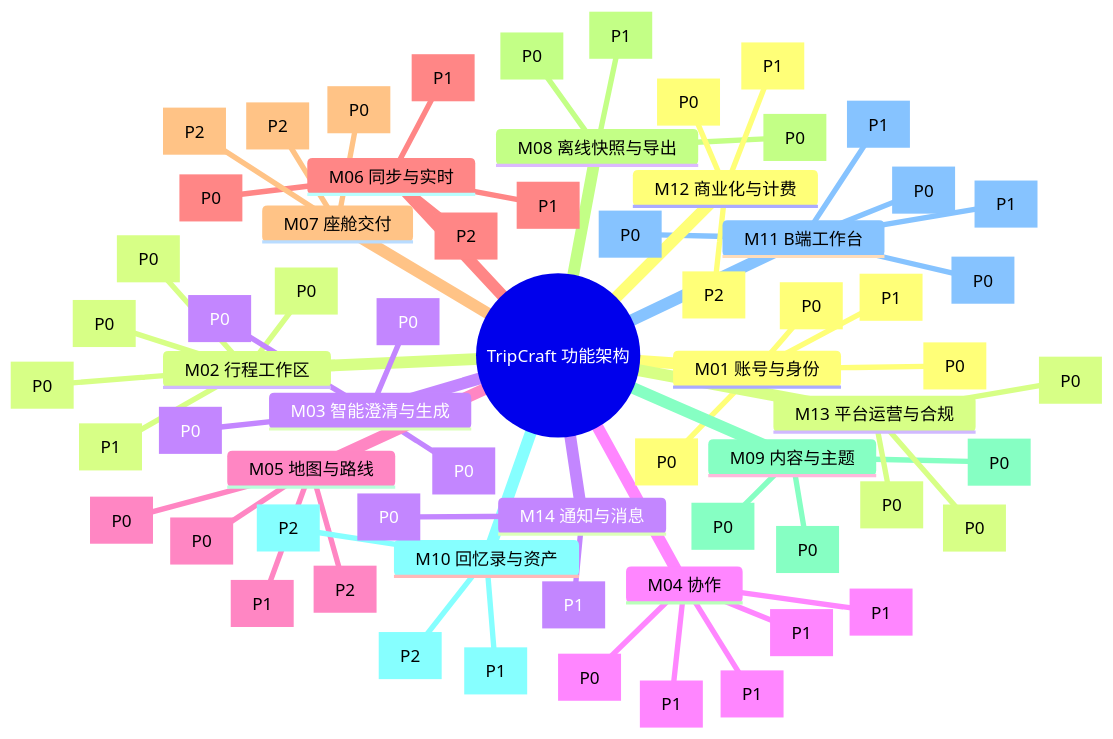
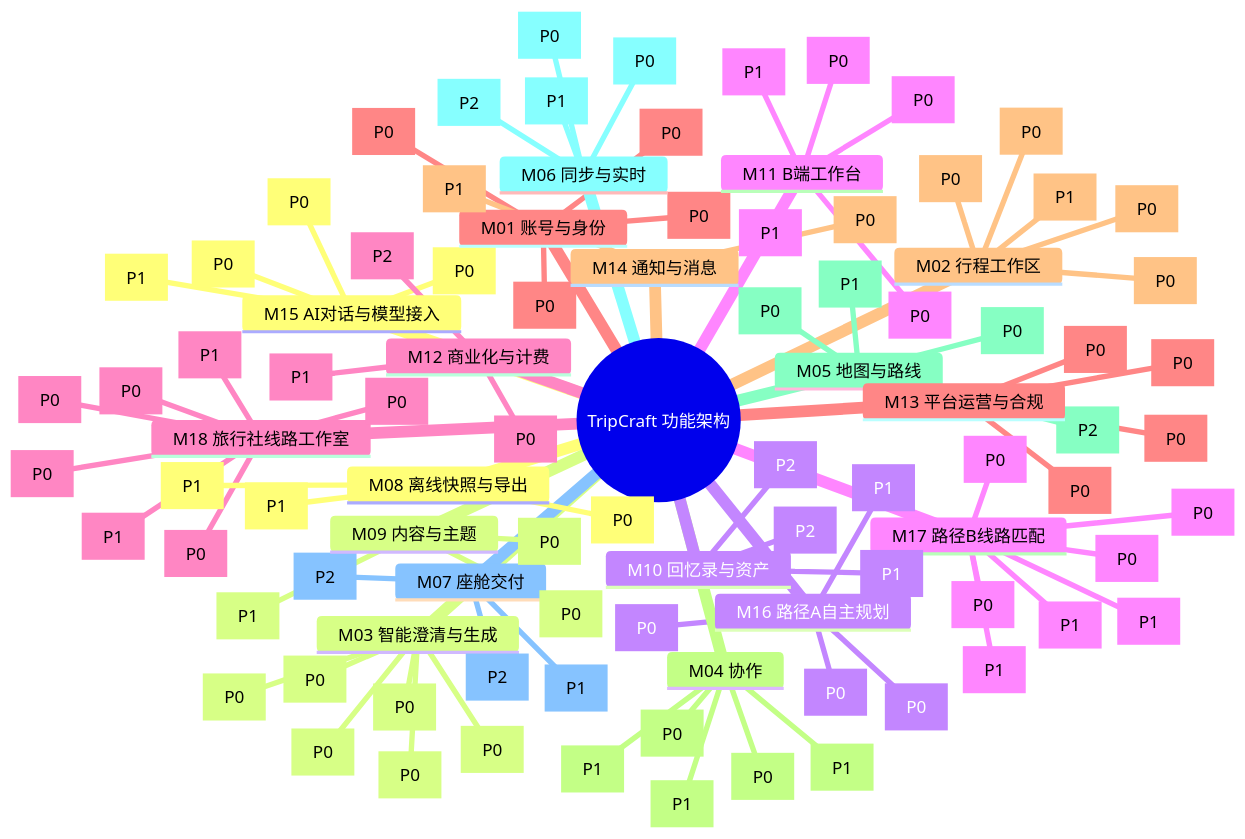
One commit to JohnMaxwell0123/TripCraft changed the diagram in docs/product/PRD-04-functional-architecture.md. Above: the diagram before and after it, drawn with Mermaid. The commit also changed other lines of this file and 55 other files, not shown here.

````diff
--- a/docs/product/PRD-04-functional-architecture.md
+++ b/docs/product/PRD-04-functional-architecture.md
@@ -14,25 +16,53 @@
 ```mermaid
 mindmap
   root((TripCraft 功能架构))
+    M15 AI对话与模型接入
+      F-M15-01 对话界面与模型选择[P0]
+      F-M15-02 自带模型API接入[P1]
+      F-M15-03 平台模型额度计量[P0]
+      F-M15-04 发送前隐私脱敏[P0]
+    M03 智能澄清与生成
+      F-M03-01 自由倾倒解析[P0]
+      F-M03-02 苏格拉底反问[P0]
+      F-M03-03 DSL初稿生成[P0]
+      F-M03-04 规则合规校验[P0]
+      F-M03-05 需求画像结构化[P0]
+      F-M03-06 路径选择与推荐[P0]
+    M16 路径A自主规划
+      F-M16-01 骨架与分段车程[P0]
+      F-M16-02 沿线走廊检索[P0]
+      F-M16-03 每日编排求解[P0]
+      F-M16-04 节点备选替换[P1]
+    M17 路径B线路匹配
+      F-M17-01 资格判定与评分[P0]
+      F-M17-02 匹配理由与分项[P0]
+      F-M17-03 分布图范围滑块[P0]
+      F-M17-04 条件方块分面[P0]
+      F-M17-05 空结果放宽建议[P1]
+      F-M17-06 线路对比[P1]
+      F-M17-07 对话筛选联动[P1]
+    M18 旅行社线路工作室
+      F-M18-01 行程单导入抽取[P0]
+      F-M18-02 上架信封与价格规则[P0]
+      F-M18-03 AI交互路书生成[P0]
+      F-M18-04 路线动画生成[P1]
+      F-M18-05 自助调整预估价[P0]
+      F-M18-06 咨询与报价版本[P0]
+      F-M18-07 线路数据看板[P1]
     M01 账号与身份
       F-M01-01 手机/三方登录[P0]
       F-M01-02 临时成员加入[P0]
       F-M01-03 机构多角色管理[P0]
-      F-M01-04 设备与多端漫游[P1]
+      F-M01-04 设备与多端漫游[P0]
     M02 行程工作区
       F-M02-01 创建与初始化[P0]
       F-M02-02 日与节点管理[P0]
       F-M02-03 版本保存回溯[P0]
       F-M02-04 待定项标记[P0]
       F-M02-05 多方案沙盘推演[P1]
-    M03 智能澄清与生成
-      F-M03-01 自由倾倒解析[P0]
-      F-M03-02 苏格拉底反问[P0]
-      F-M03-03 DSL初稿生成[P0]
-      F-M03-04 规则合规校验[P0]
     M04 协作
       F-M04-01 邀请与空间共享[P0]
-      F-M04-02 结构化提名收集[P1]
+      F-M04-02 结构化提名收集[P0]
       F-M04-03 沉默表达呈现[P1]
       F-M04-04 冲突检测隔离[P1]
       F-M04-05 领队决策合并[P1]
@@ -43,19 +73,19 @@
       F-M05-04 离线路网支持[P2]
     M06 同步与实时
       F-M06-01 本地优先存储[P0]
-      F-M06-02 服务端增量日志[P1]
+      F-M06-02 服务端增量日志[P0]
       F-M06-03 二维码Patch分发[P1]
       F-M06-04 实时成员信标[P2]
     M07 座舱交付
-      F-M07-01 深链途经点投递[P0]
+      F-M07-01 深链途经点投递[P1]
       F-M07-02 车载投屏镜像[P2]
       F-M07-03 车机副驾协同[P2]
     M08 离线快照与导出
-      F-M08-01 单文件HTML编译[P0]
+      F-M08-01 单文件HTML编译[P1]
       F-M08-02 静态只读短链[P0]
       F-M08-03 PDF海报打印[P1]
     M09 内容与主题
-      F-M09-01 官方视觉主题[P0]
+      F-M09-01 官方视觉主题[P1]
       F-M09-02 POI展卡渲染[P0]
       F-M09-03 长辈大字版[P0]
     M10 回忆录与资产
@@ -76,6 +106,7 @@
       F-M13-01 机构资质审核[P0]
       F-M13-02 敏感词黑名单[P0]
       F-M13-03 违规处置熔断[P0]
+      F-M13-04 线路审核与上架准入[P0]
     M14 通知与消息
       F-M14-01 关键行程提醒[P0]
       F-M14-02 突发变更短信[P1]
````
